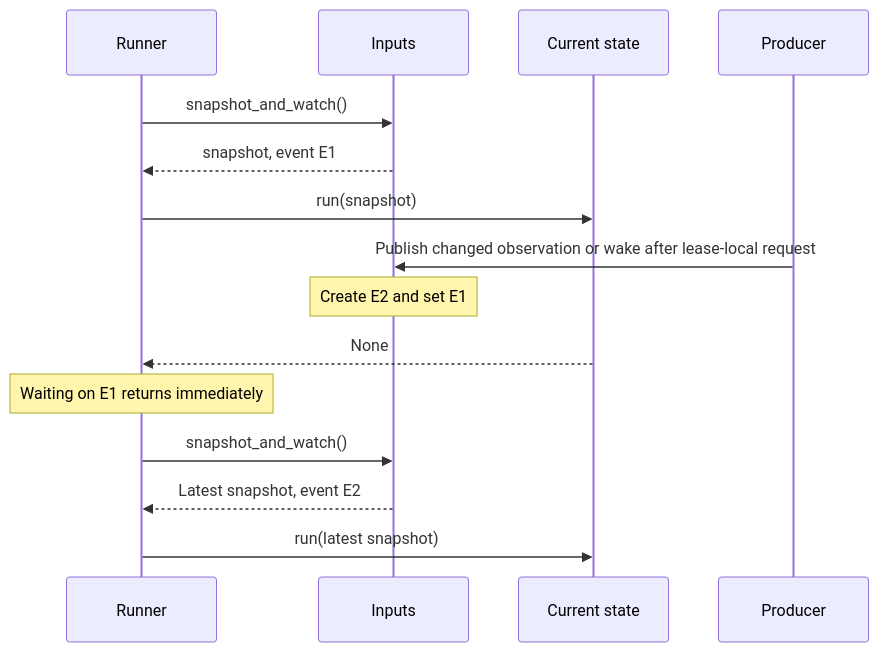
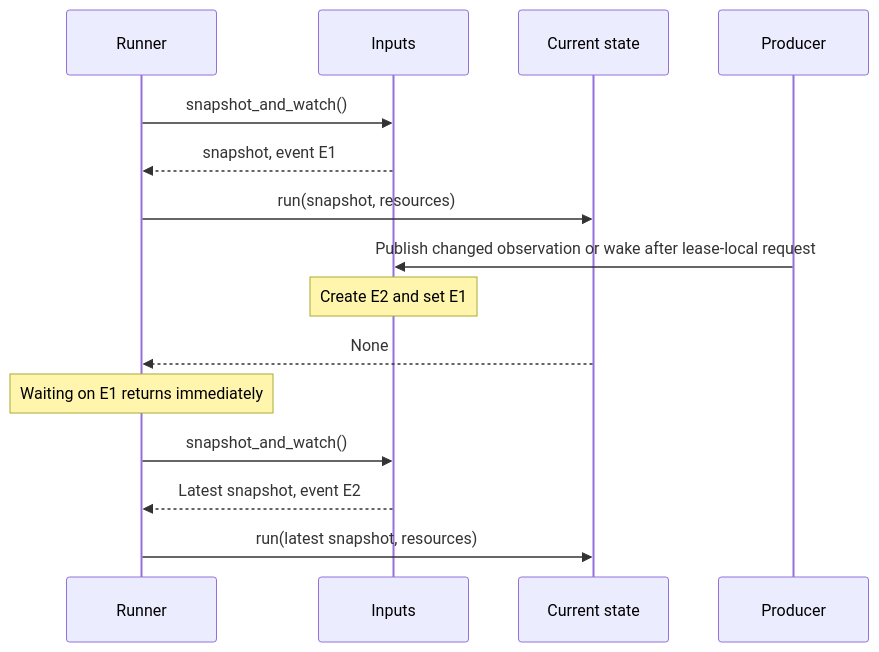
One commit to mangelajo/jumpstarter changed the second of 3 diagrams in docs/source/contributing/jeps/JEP-0016-typed-fsm-exporter-lifecycle.md. Above: the diagram before and after it, drawn with Mermaid. The commit also changed other lines of this file and 2 other files, not shown here.

````diff
--- a/docs/source/contributing/jeps/JEP-0016-typed-fsm-exporter-lifecycle.md
+++ b/docs/source/contributing/jeps/JEP-0016-typed-fsm-exporter-lifecycle.md
@@ -296,17 +331,17 @@
 ```{mermaid}
 sequenceDiagram
     participant Runner
     participant Inputs
     participant State as Current state
     participant Producer
     Runner->>Inputs: snapshot_and_watch()
     Inputs-->>Runner: snapshot, event E1
-    Runner->>State: run(snapshot)
+    Runner->>State: run(snapshot, resources)
     Producer->>Inputs: Publish changed observation or wake after lease-local request
     Note over Inputs: Create E2 and set E1
     State-->>Runner: None
     Note over Runner: Waiting on E1 returns immediately
     Runner->>Inputs: snapshot_and_watch()
     Inputs-->>Runner: Latest snapshot, event E2
-    Runner->>State: run(latest snapshot)
+    Runner->>State: run(latest snapshot, resources)
 ```
````
